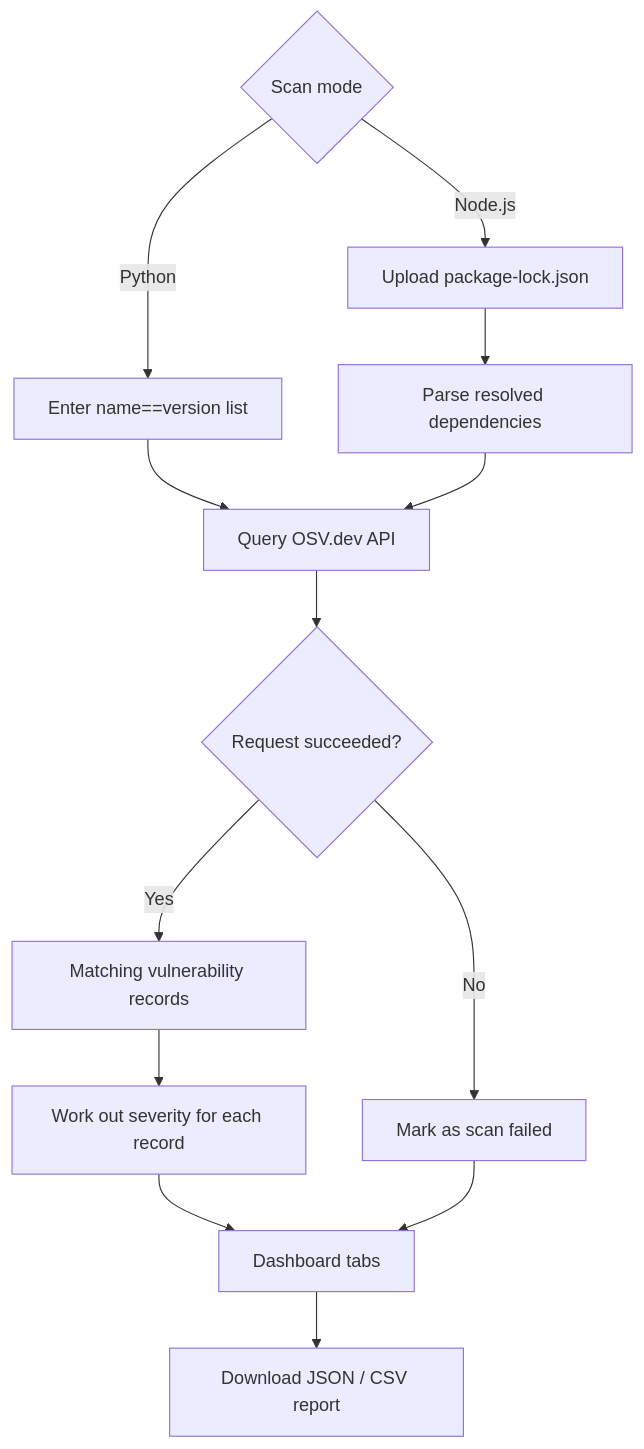
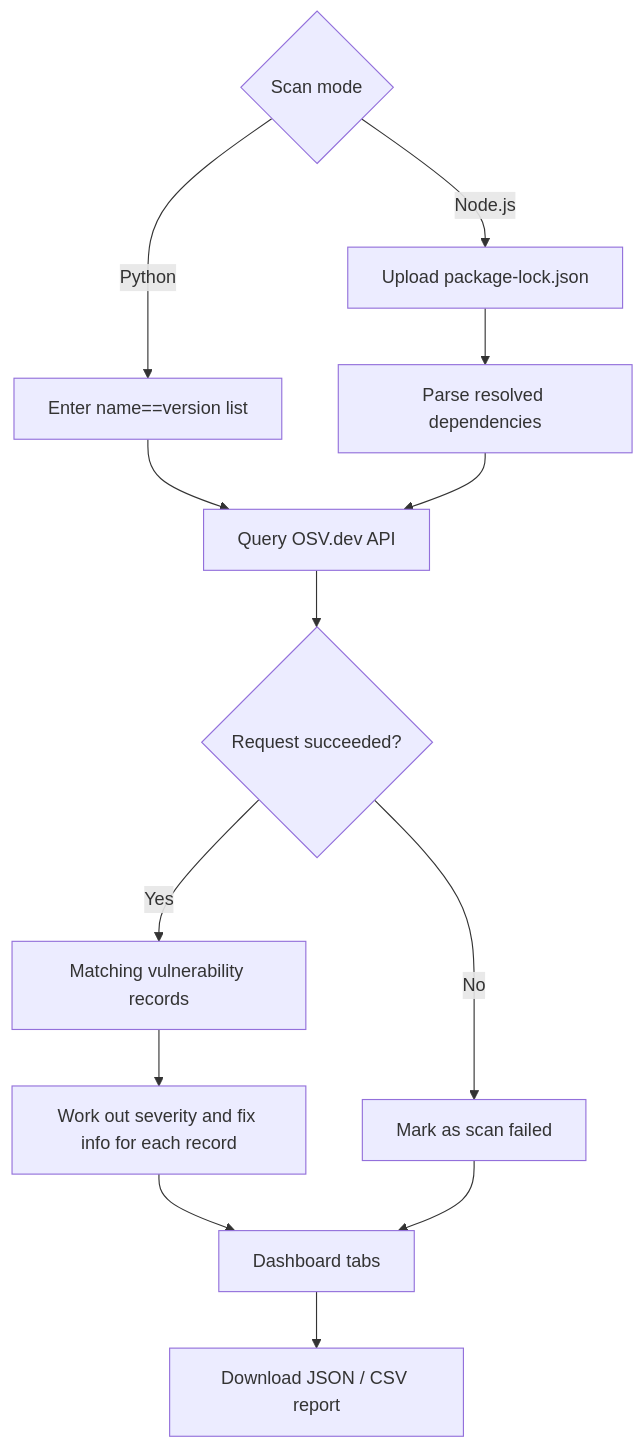
One commit to Nandanpatgar/DepenDency-Risk-RaDar changed the diagram in README.md. Above: the diagram before and after it, drawn with Mermaid. The commit also changed other lines of this file, not shown here.

````diff
--- a/README.md
+++ b/README.md
@@ -28,15 +30,15 @@
 ```mermaid
 flowchart TD
     A{Scan mode} -->|Python| B[Enter name==version list]
     A -->|Node.js| C[Upload package-lock.json]
     C --> D[Parse resolved dependencies]
     B --> E[Query OSV.dev API]
     D --> E
     E --> F{Request succeeded?}
     F -->|Yes| G[Matching vulnerability records]
     F -->|No| H[Mark as scan failed]
-    G --> I[Work out severity for each record]
+    G --> I[Work out severity and fix info for each record]
     I --> J[Dashboard tabs]
     H --> J
     J --> K[Download JSON / CSV report]
 ```
````
